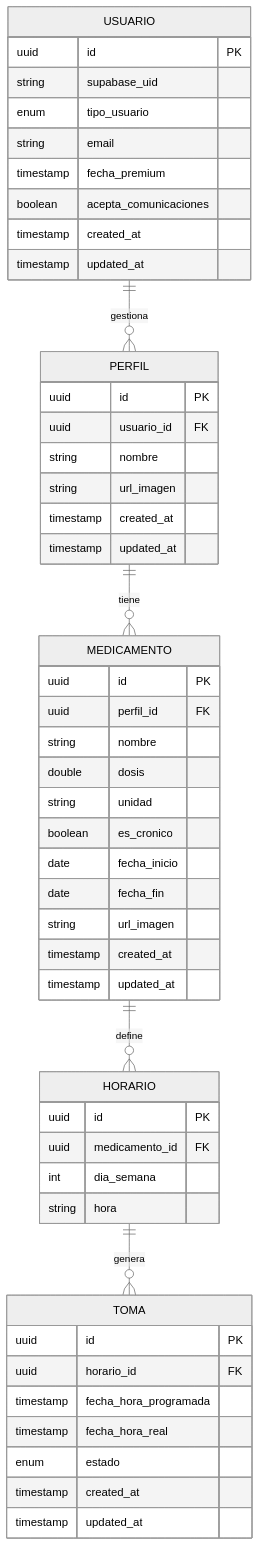
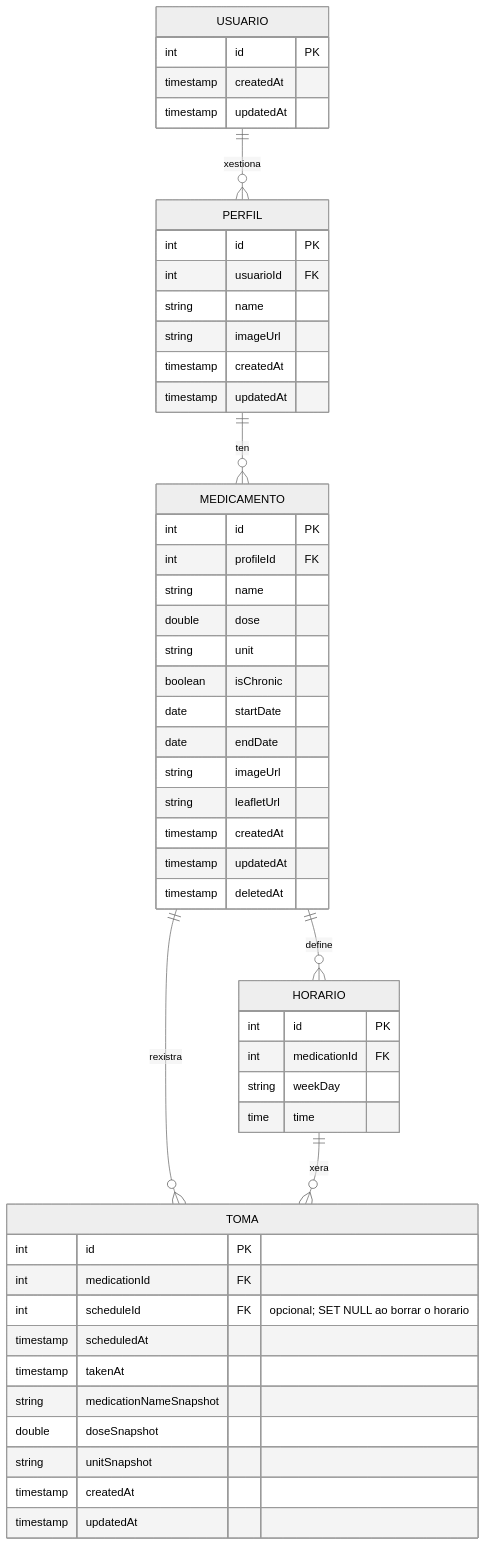
One commit to arodriguezvaz/PillRemind changed the second of 2 diagrams in doc/templates/3_deseño.md. Above: the diagram before and after it, drawn with Mermaid (neutral theme). The commit also changed other lines of this file and 1 other file, not shown here.

````diff
--- a/doc/templates/3_deseño.md
+++ b/doc/templates/3_deseño.md
@@ -27,58 +25,59 @@
 ```mermaid
 erDiagram
   USUARIO {
-    uuid id PK
-    string supabase_uid
-    enum tipo_usuario
-    string email
-    timestamp fecha_premium
-    boolean acepta_comunicaciones
-    timestamp created_at
-    timestamp updated_at
+    int id PK
+    timestamp createdAt
+    timestamp updatedAt
   }
 
   PERFIL {
-    uuid id PK
-    uuid usuario_id FK
-    string nombre
-    string url_imagen
-    timestamp created_at
-    timestamp updated_at
+    int id PK
+    int usuarioId FK
+    string name
+    string imageUrl
+    timestamp createdAt
+    timestamp updatedAt
   }
 
   MEDICAMENTO {
-    uuid id PK
-    uuid perfil_id FK
-    string nombre
-    double dosis
-    string unidad
-    boolean es_cronico
-    date fecha_inicio
-    date fecha_fin
-    string url_imagen
-    timestamp created_at
-    timestamp updated_at
+    int id PK
+    int profileId FK
+    string name
+    double dose
+    string unit
+    boolean isChronic
+    date startDate
+    date endDate
+    string imageUrl
+    string leafletUrl
+    timestamp createdAt
+    timestamp updatedAt
+    timestamp deletedAt
   }
 
   HORARIO {
-    uuid id PK
-    uuid medicamento_id FK
-    int dia_semana
-    string hora
+    int id PK
+    int medicationId FK
+    string weekDay
+    time time
   }
 
   TOMA {
-    uuid id PK
-    uuid horario_id FK
-    timestamp fecha_hora_programada
-    timestamp fecha_hora_real
-    enum estado
-    timestamp created_at
-    timestamp updated_at
+    int id PK
+    int medicationId FK
+    int scheduleId FK "opcional; SET NULL ao borrar o horario"
+    timestamp scheduledAt
+    timestamp takenAt
+    string medicationNameSnapshot
+    double doseSnapshot
+    string unitSnapshot
+    timestamp createdAt
+    timestamp updatedAt
   }
 
-  USUARIO ||--o{ PERFIL : gestiona
-  PERFIL ||--o{ MEDICAMENTO : tiene
+  USUARIO ||--o{ PERFIL : xestiona
+  PERFIL ||--o{ MEDICAMENTO : ten
   MEDICAMENTO ||--o{ HORARIO : define
-  HORARIO ||--o{ TOMA : genera
+  MEDICAMENTO ||--o{ TOMA : rexistra
+  HORARIO ||--o{ TOMA : xera
 ```
````
